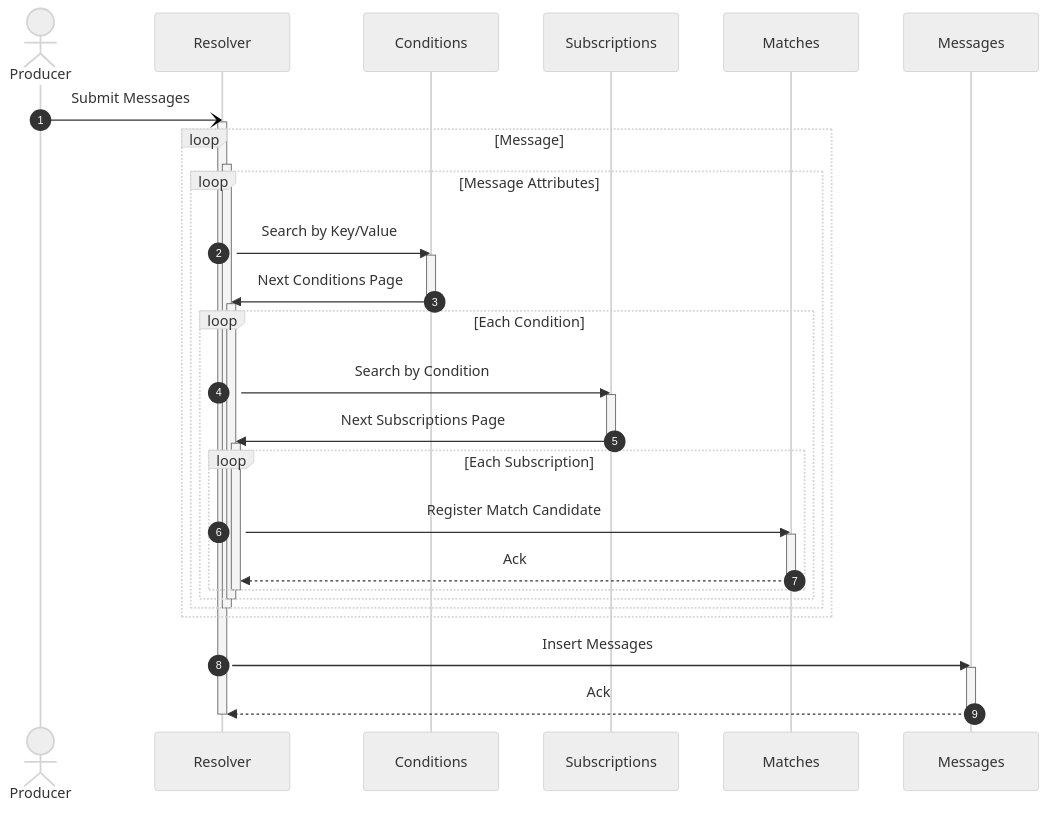
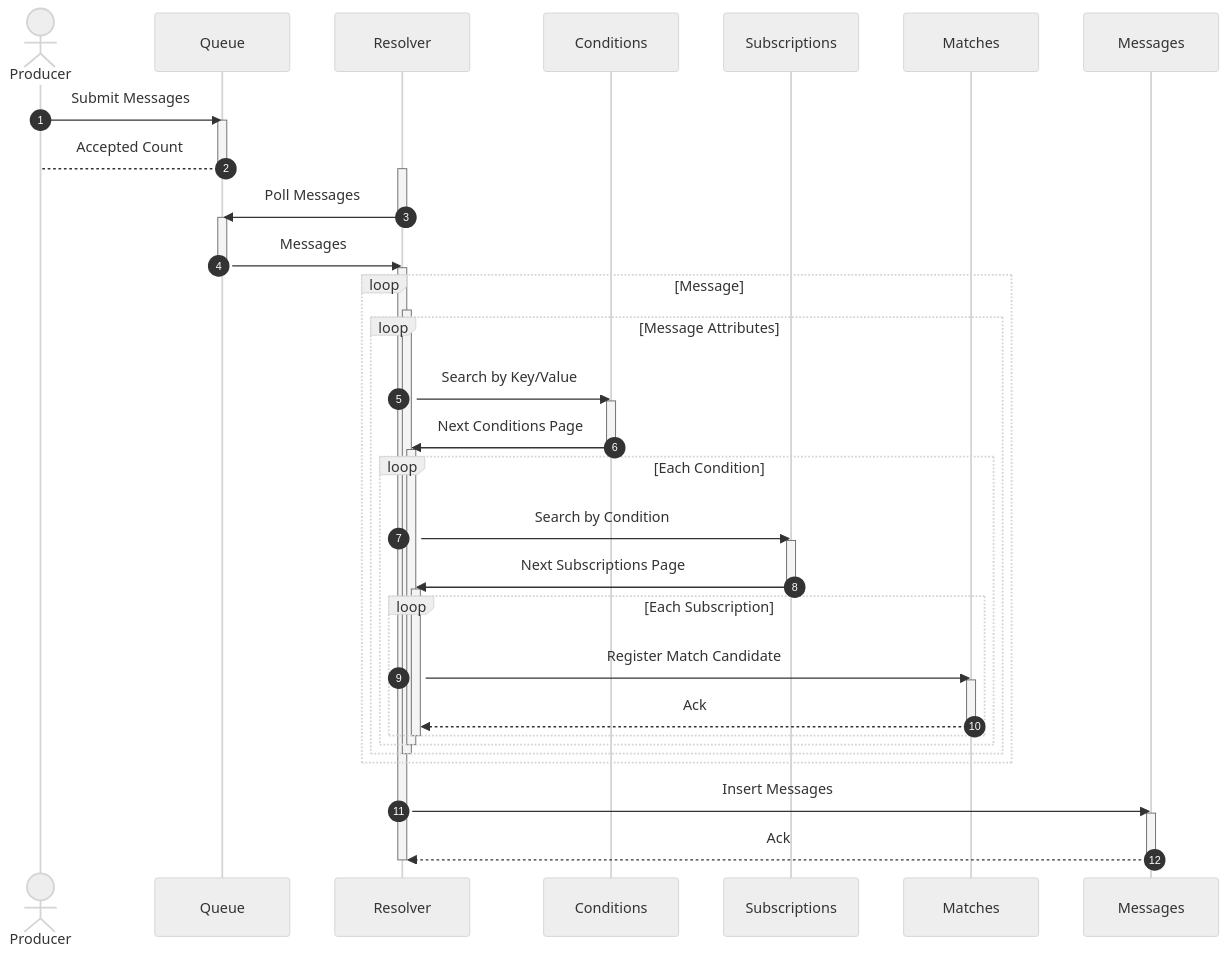
Before and after one commit to awakari/.github: the first of 2 diagrams in profile/README.md, drawn with Mermaid.

Commit message:
readme update

````diff
--- a/profile/README.md
+++ b/profile/README.md
@@ -121,55 +121,67 @@
 ```mermaid
 %%{init: {'theme': 'neutral' } }%%
 sequenceDiagram
 
     autonumber
 
     actor Producer
+    participant Queue
     participant Resolver
     participant Conditions
     participant Subscriptions
     participant Matches
     participant Messages
 
-    Producer-)Resolver: Submit Messages
+    Producer->>Queue: Submit Messages
+    activate Queue
+    Queue-->Producer: Accepted Count
+    deactivate Queue
+    
     activate Resolver
+    Resolver->>Queue: Poll Messages
+    deactivate Resolver
     
+    activate Queue
+    Queue->>Resolver: Messages
+    deactivate Queue
+    
+    activate Resolver
     loop Message
     
         activate Resolver
         loop Message Attributes
         
             Resolver->>Conditions: Search by Key/Value
             activate Conditions
             Conditions->>Resolver: Next Conditions Page
             deactivate Conditions
             
             activate Resolver
             loop Each Condition
                 
                 Resolver->>Subscriptions: Search by Condition
                 activate Subscriptions
                 Subscriptions->>Resolver: Next Subscriptions Page
                 deactivate Subscriptions
                 
                 activate Resolver
                 loop Each Subscription
                     Resolver->>Matches: Register Match Candidate
                     activate Matches
                     Matches-->>Resolver: Ack
                     deactivate Matches
                 end
                 deactivate Resolver
                 
             end
             deactivate Resolver
         end
         deactivate Resolver
     end
         
     Resolver->>Messages: Insert Messages
     activate Messages
     Messages-->>Resolver: Ack
     deactivate Messages
     deactivate Resolver
 ```
````
